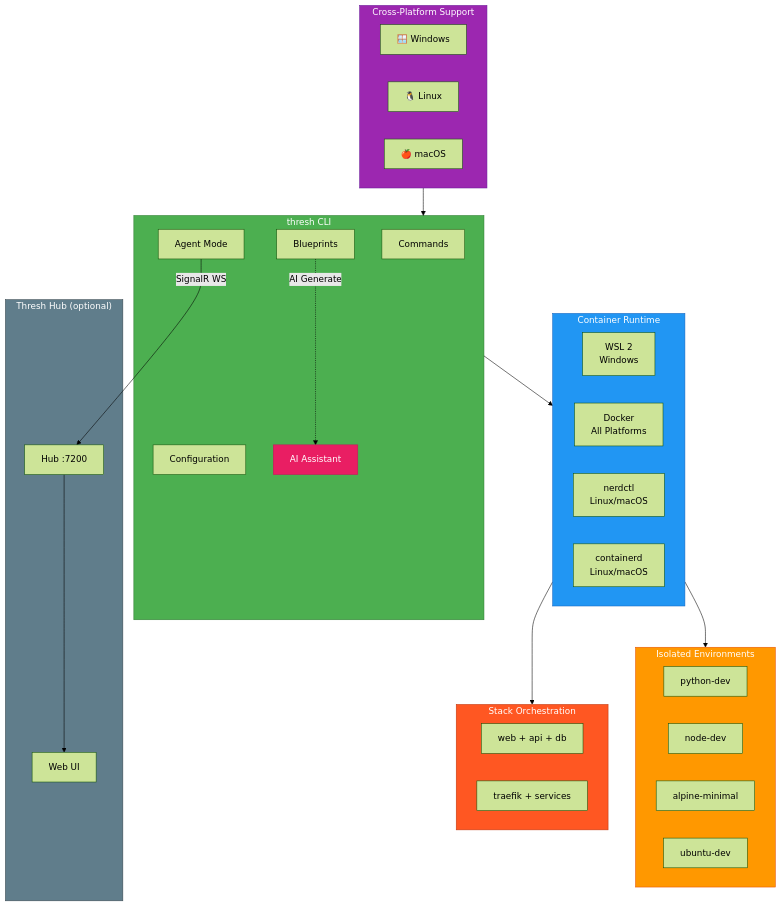
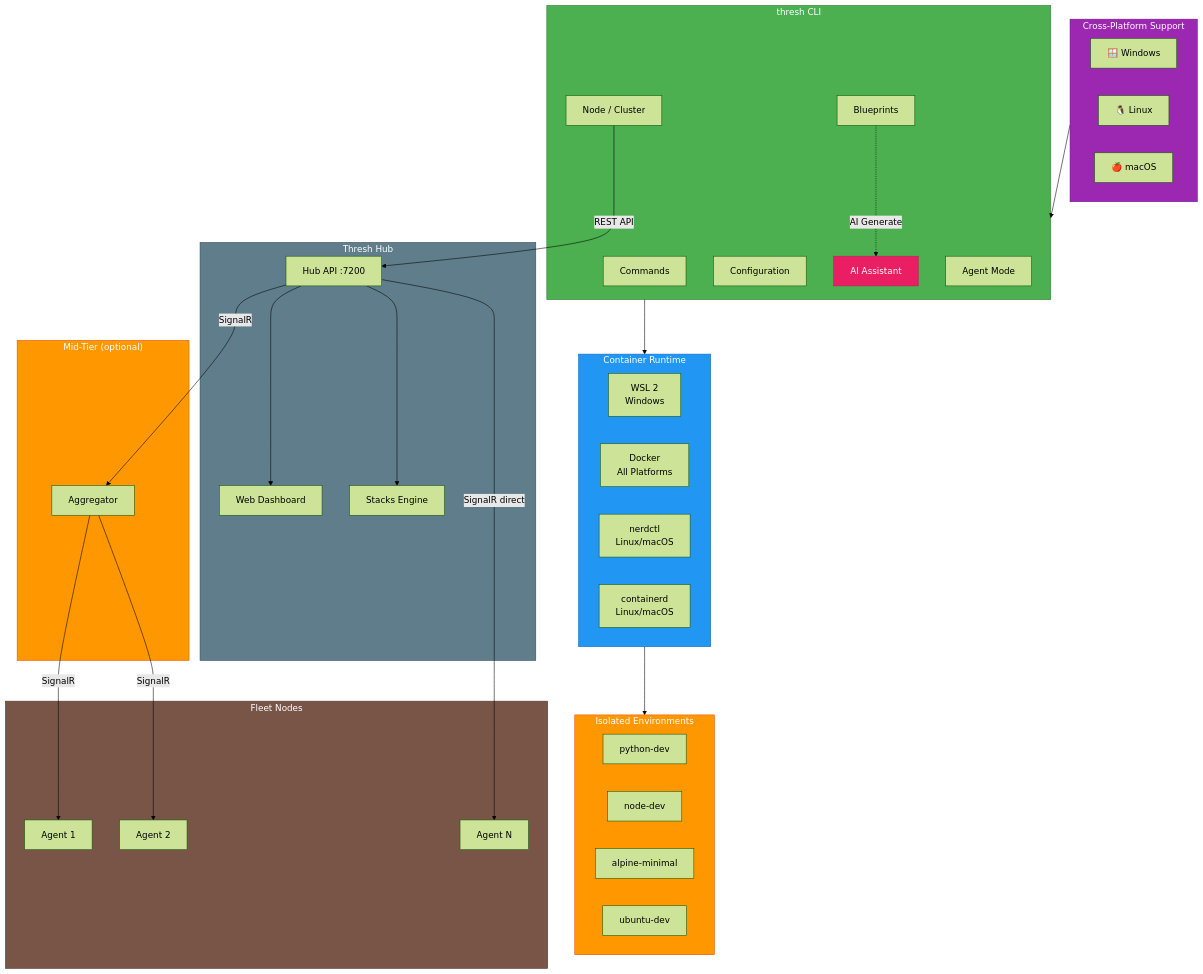
One commit to dealer426/thresh changed the first of 2 diagrams in website/versioned_docs/version-1.7.0/intro.md. Above: the diagram before and after it, drawn with Mermaid (forest theme). The commit also changed other lines of this file and 18 other files, not shown here.

````diff
--- a/website/versioned_docs/version-1.7.0/intro.md
+++ b/website/versioned_docs/version-1.7.0/intro.md
@@ -33,57 +40,69 @@
 ```mermaid
 graph TB
     subgraph Platforms["Cross-Platform Support"]
         direction LR
         Win[🪟 Windows]
         Lin[🐧 Linux]
         Mac[🍎 macOS]
     end
     
     subgraph CLI["thresh CLI"]
         Commands[Commands]
         Blueprints[Blueprints]
         Config[Configuration]
         AI[AI Assistant]
         Agent[Agent Mode]
+        NodeCmd[Node / Cluster]
     end
     
     subgraph Runtime["Container Runtime"]
         WSL[WSL 2<br/>Windows]
         Docker[Docker<br/>All Platforms]
         Nerdctl[nerdctl<br/>Linux/macOS]
         Containerd[containerd<br/>Linux/macOS]
     end
     
     subgraph Envs["Isolated Environments"]
         E1[python-dev]
         E2[node-dev]
         E3[alpine-minimal]
         E4[ubuntu-dev]
     end
 
-    subgraph Stacks["Stack Orchestration"]
-        S1[web + api + db]
-        S2[traefik + services]
+    subgraph HubStack["Thresh Hub"]
+        H[Hub API :7200]
+        UI[Web Dashboard]
+        Stacks[Stacks Engine]
     end
 
-    subgraph Hub["Thresh Hub (optional)"]
-        H[Hub :7200]
-        UI[Web UI]
+    subgraph MidTier["Mid-Tier (optional)"]
+        MT[Aggregator]
+    end
+
+    subgraph Fleet["Fleet Nodes"]
+        A1[Agent 1]
+        A2[Agent 2]
+        A3[Agent N]
     end
     
     Platforms --> CLI
     CLI --> Runtime
     Runtime --> Envs
-    Runtime --> Stacks
     Blueprints -.->|AI Generate| AI
-    Agent -->|SignalR WS| H
+    NodeCmd -->|REST API| H
     H --> UI
+    H --> Stacks
+    H -->|SignalR| MT
+    MT -->|SignalR| A1
+    MT -->|SignalR| A2
+    H -->|SignalR direct| A3
     
     style CLI fill:#4CAF50,stroke:#2E7D32,color:#fff
     style Runtime fill:#2196F3,stroke:#1565C0,color:#fff
     style Envs fill:#FF9800,stroke:#E65100,color:#fff
     style Platforms fill:#9C27B0,stroke:#6A1B9A,color:#fff
     style AI fill:#E91E63,stroke:#C2185B,color:#fff
-    style Stacks fill:#FF5722,stroke:#BF360C,color:#fff
-    style Hub fill:#607D8B,stroke:#37474F,color:#fff
+    style HubStack fill:#607D8B,stroke:#37474F,color:#fff
+    style MidTier fill:#FF9800,stroke:#E65100,color:#fff
+    style Fleet fill:#795548,stroke:#4E342E,color:#fff
 ```
````
